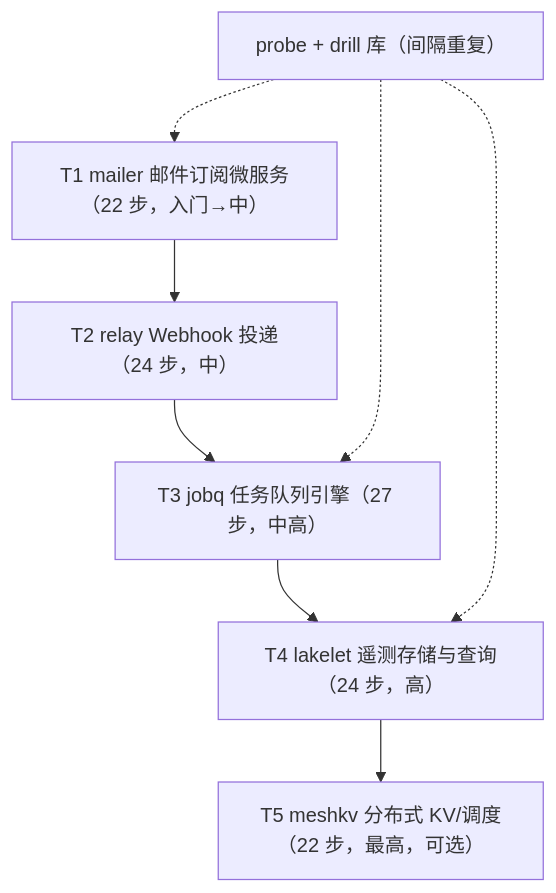
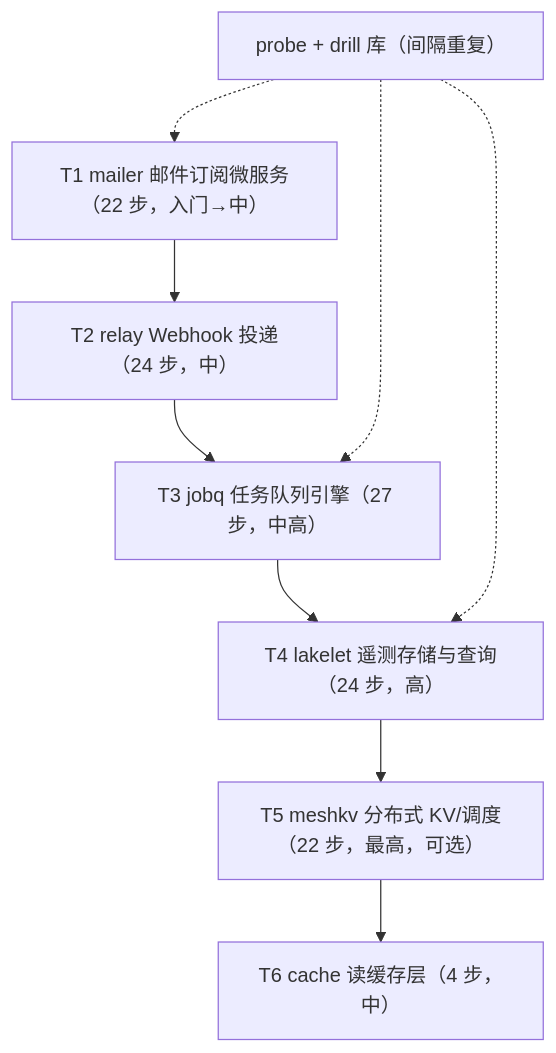
Before and after one commit to nedrw/rustlings-production: the diagram in docs/curriculum.md, drawn with Mermaid. The commit also changed other lines of this file and 7 other files, not shown here.

````diff
--- a/docs/curriculum.md
+++ b/docs/curriculum.md
@@ -254,10 +263,11 @@
 ```mermaid
 flowchart TD
     T1["T1 mailer 邮件订阅微服务（22 步，入门→中）"] --> T2["T2 relay Webhook 投递（24 步，中）"]
     T2 --> T3["T3 jobq 任务队列引擎（27 步，中高）"]
     T3 --> T4["T4 lakelet 遥测存储与查询（24 步，高）"]
     T4 --> T5["T5 meshkv 分布式 KV/调度（22 步，最高，可选）"]
+    T5 --> T6["T6 cache 读缓存层（4 步，中）"]
     P["probe + drill 库（间隔重复）"] -.-> T1
     P -.-> T3
     P -.-> T4
 ```
````
